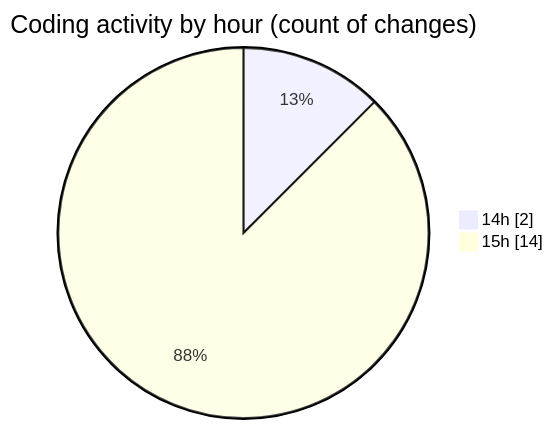
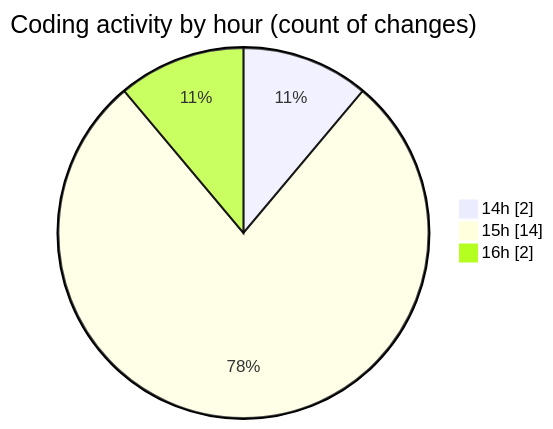
The second of 2 diagrams in 2025-03-21/back-end/README.md (Netris89/code-tracking), drawn with Mermaid before and after one commit. The commit also changed other lines of this file and 1 other file, not shown here.

````diff
--- a/2025-03-21/back-end/README.md
+++ b/2025-03-21/back-end/README.md
@@ -29,6 +29,7 @@
 ```mermaid
 pie showData
 title Coding activity by hour (count of changes)
 "14h" : 2
 "15h" : 14
+"16h" : 2
 ```
````
